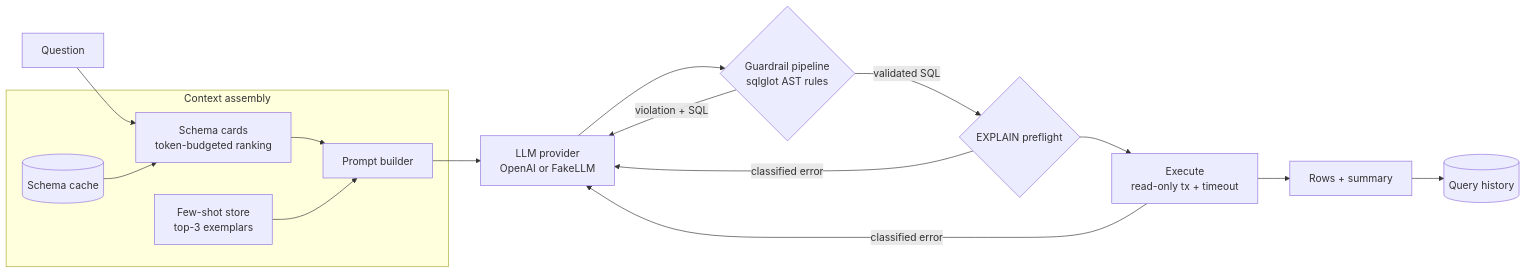
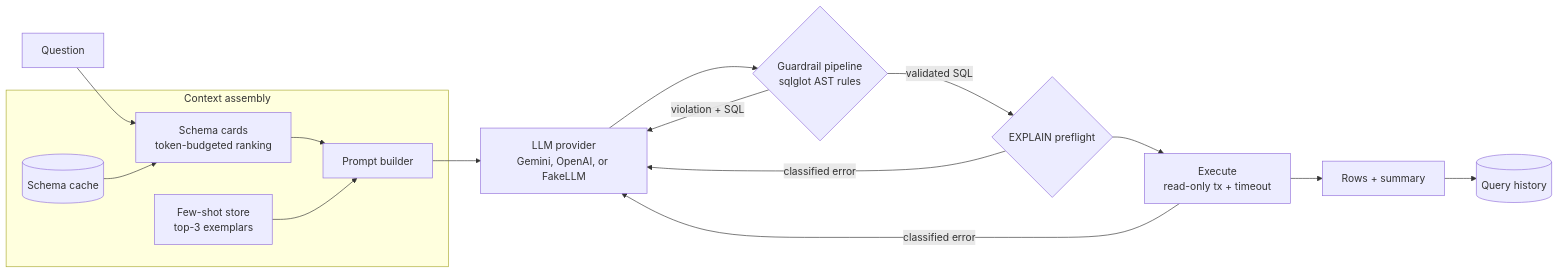
The diagram in README.md (Jhamusk18/TEXT_TO_SQL), drawn with Mermaid before and after one commit. The commit also changed other lines of this file and 14 other files, not shown here.

Commit message:
Add Gemini provider and embedder (google-genai), provider selection via LLM_PROVIDER

````diff
--- a/README.md
+++ b/README.md
@@ -29,18 +29,18 @@
 ```mermaid
 flowchart LR
     Q[Question] --> CARDS
     subgraph CONTEXT[Context assembly]
         SC[(Schema cache)] --> CARDS[Schema cards<br>token-budgeted ranking]
         CARDS --> PB[Prompt builder]
         FS[Few-shot store<br>top-3 exemplars] --> PB
     end
-    PB --> LLM[LLM provider<br>OpenAI or FakeLLM]
+    PB --> LLM[LLM provider<br>Gemini, OpenAI, or FakeLLM]
     LLM --> GR{Guardrail pipeline<br>sqlglot AST rules}
     GR -- "violation + SQL" --> LLM
     GR -- validated SQL --> EXP{EXPLAIN preflight}
     EXP -- "classified error" --> LLM
     EXP --> EXEC[Execute<br>read-only tx + timeout]
     EXEC -- "classified error" --> LLM
     EXEC --> RES[Rows + summary]
     RES --> HIST[(Query history)]
 ```
````
